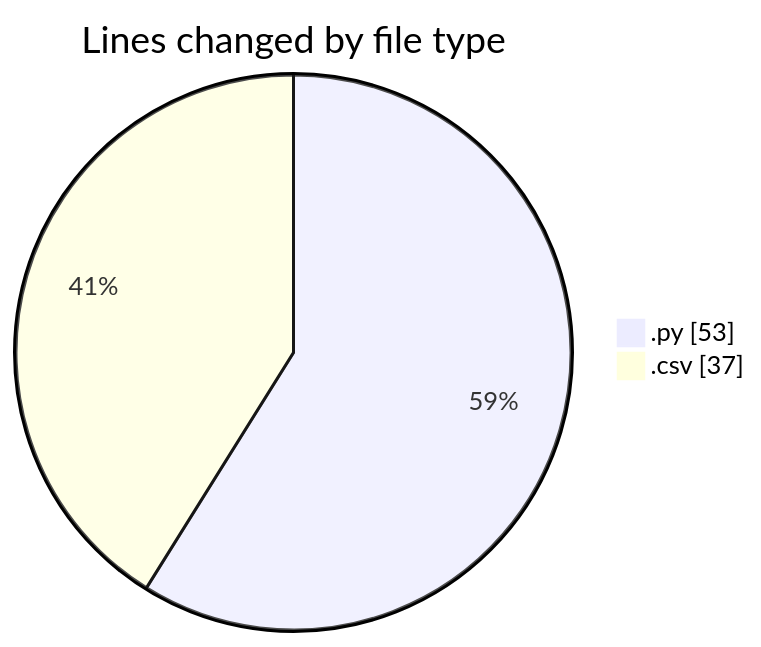
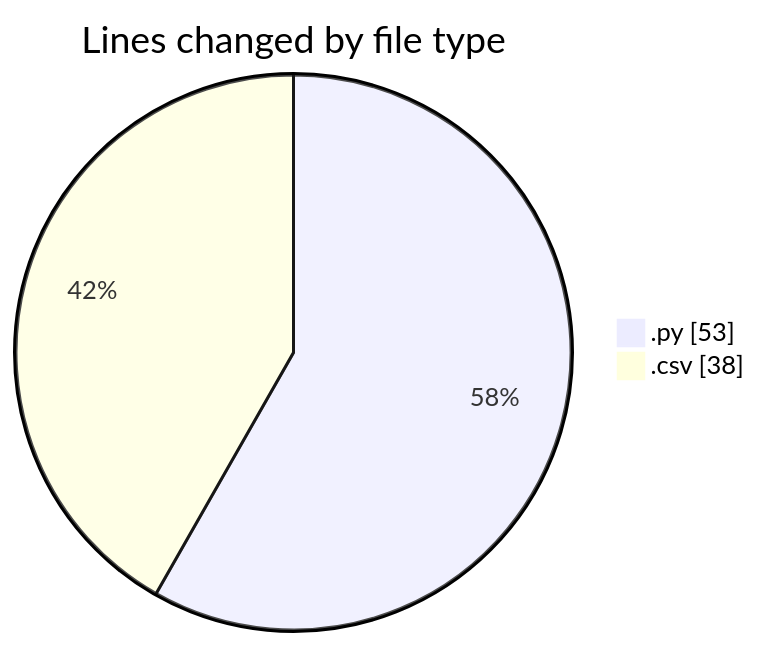
The first of 2 diagrams in 2025-04-11/myws__workspace_/README.md (MatusMokan/code-tracking), drawn with Mermaid before and after one commit. The commit also changed other lines of this file and 1 other file, not shown here.

````diff
--- a/2025-04-11/myws__workspace_/README.md
+++ b/2025-04-11/myws__workspace_/README.md
@@ -21,6 +21,6 @@
 ```mermaid
 pie showData
 title Lines changed by file type
 ".py" : 53
-".csv" : 37
+".csv" : 38
 ```
````
